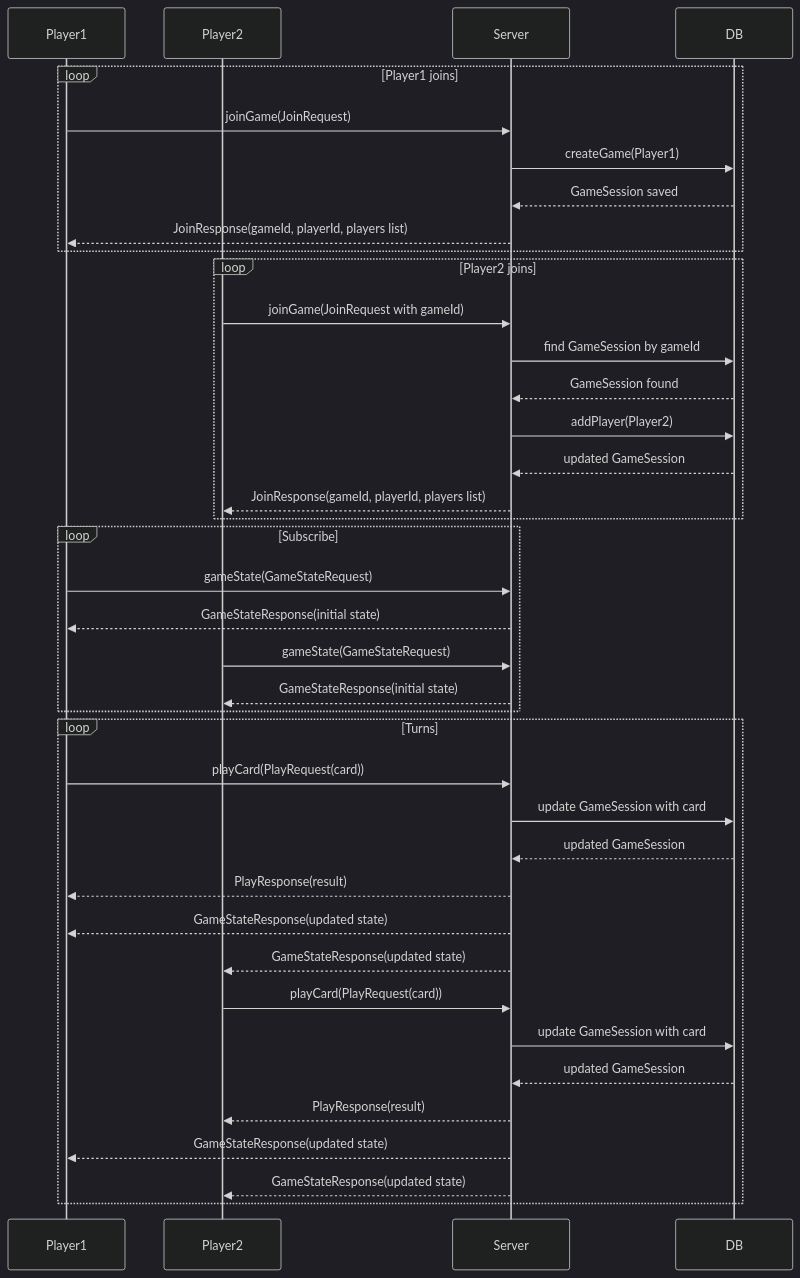
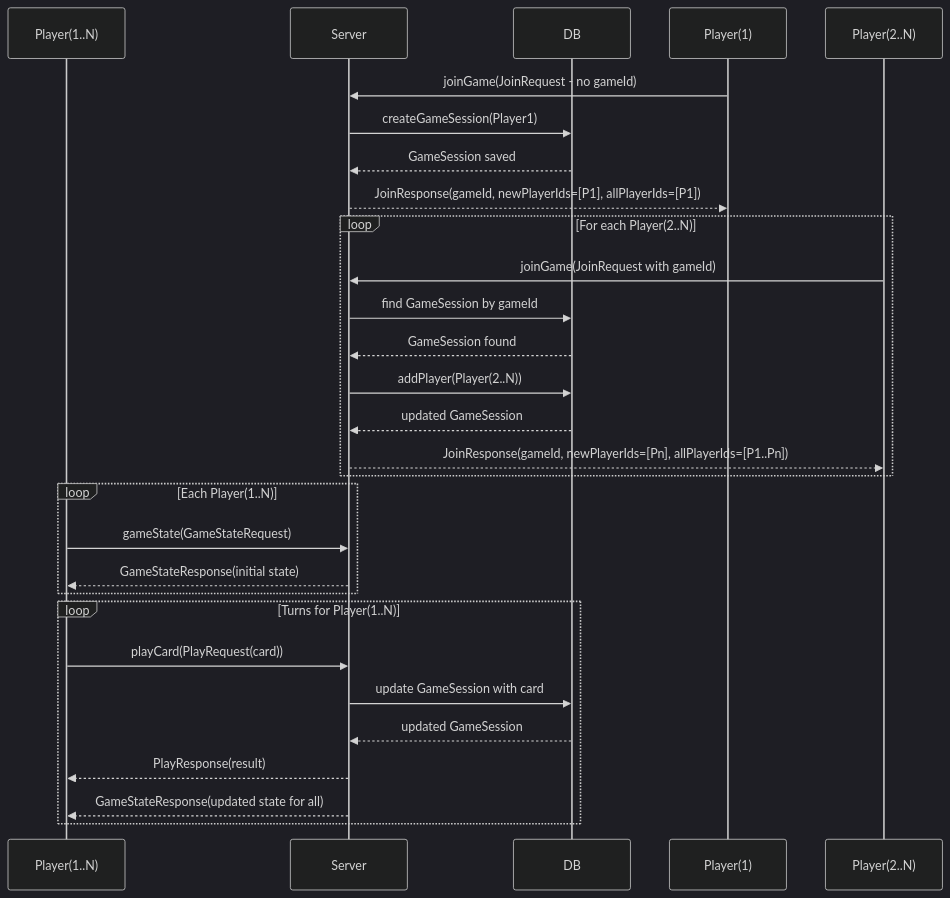
One commit to YashzAlphaGeek/FluxRPC changed the third of 3 diagrams in uno-rpc/uno-backend/README.md. Above: the diagram before and after it, drawn with Mermaid (dark theme). The commit also changed 10 other files, not shown here.

````diff
--- a/uno-rpc/uno-backend/README.md
+++ b/uno-rpc/uno-backend/README.md
@@ -115,50 +115,37 @@
 ```mermaid
 sequenceDiagram
-    participant Player1
-    participant Player2
+    participant Player(1..N)
     participant Server
     participant DB
 
-    %% Players join game
-    loop Player1 joins
-        Player1->>Server: joinGame(JoinRequest)
-        Server->>DB: createGame(Player1)
-        DB-->>Server: GameSession saved
-        Server-->>Player1: JoinResponse(gameId, playerId, players list)
-    end
+    %% First player creates a game
+    Player(1)->>Server: joinGame(JoinRequest - no gameId)
+    Server->>DB: createGameSession(Player1)
+    DB-->>Server: GameSession saved
+    Server-->>Player(1): JoinResponse(gameId, newPlayerIds=[P1], allPlayerIds=[P1])
 
-    loop Player2 joins
-        Player2->>Server: joinGame(JoinRequest with gameId)
+    %% Subsequent players join existing game
+    loop For each Player(2..N)
+        Player(2..N)->>Server: joinGame(JoinRequest with gameId)
         Server->>DB: find GameSession by gameId
         DB-->>Server: GameSession found
-        Server->>DB: addPlayer(Player2)
+        Server->>DB: addPlayer(Player(2..N))
         DB-->>Server: updated GameSession
-        Server-->>Player2: JoinResponse(gameId, playerId, players list)
+        Server-->>Player(2..N): JoinResponse(gameId, newPlayerIds=[Pn], allPlayerIds=[P1..Pn])
     end
 
     %% Players subscribe to game state
-    loop Subscribe
-        Player1->>Server: gameState(GameStateRequest)
-        Server-->>Player1: GameStateResponse(initial state)
-
-        Player2->>Server: gameState(GameStateRequest)
-        Server-->>Player2: GameStateResponse(initial state)
+    loop Each Player(1..N)
+        Player(1..N)->>Server: gameState(GameStateRequest)
+        Server-->>Player(1..N): GameStateResponse(initial state)
     end
 
     %% Players play cards in turns
-    loop Turns
-        Player1->>Server: playCard(PlayRequest(card))
+    loop Turns for Player(1..N)
+        Player(1..N)->>Server: playCard(PlayRequest(card))
         Server->>DB: update GameSession with card
         DB-->>Server: updated GameSession
-        Server-->>Player1: PlayResponse(result)
-        Server-->>Player1: GameStateResponse(updated state)
-        Server-->>Player2: GameStateResponse(updated state)
-
-        Player2->>Server: playCard(PlayRequest(card))
-        Server->>DB: update GameSession with card
-        DB-->>Server: updated GameSession
-        Server-->>Player2: PlayResponse(result)
-        Server-->>Player1: GameStateResponse(updated state)
-        Server-->>Player2: GameStateResponse(updated state)
+        Server-->>Player(1..N): PlayResponse(result)
+        Server-->>Player(1..N): GameStateResponse(updated state for all)
     end
 ```
````
